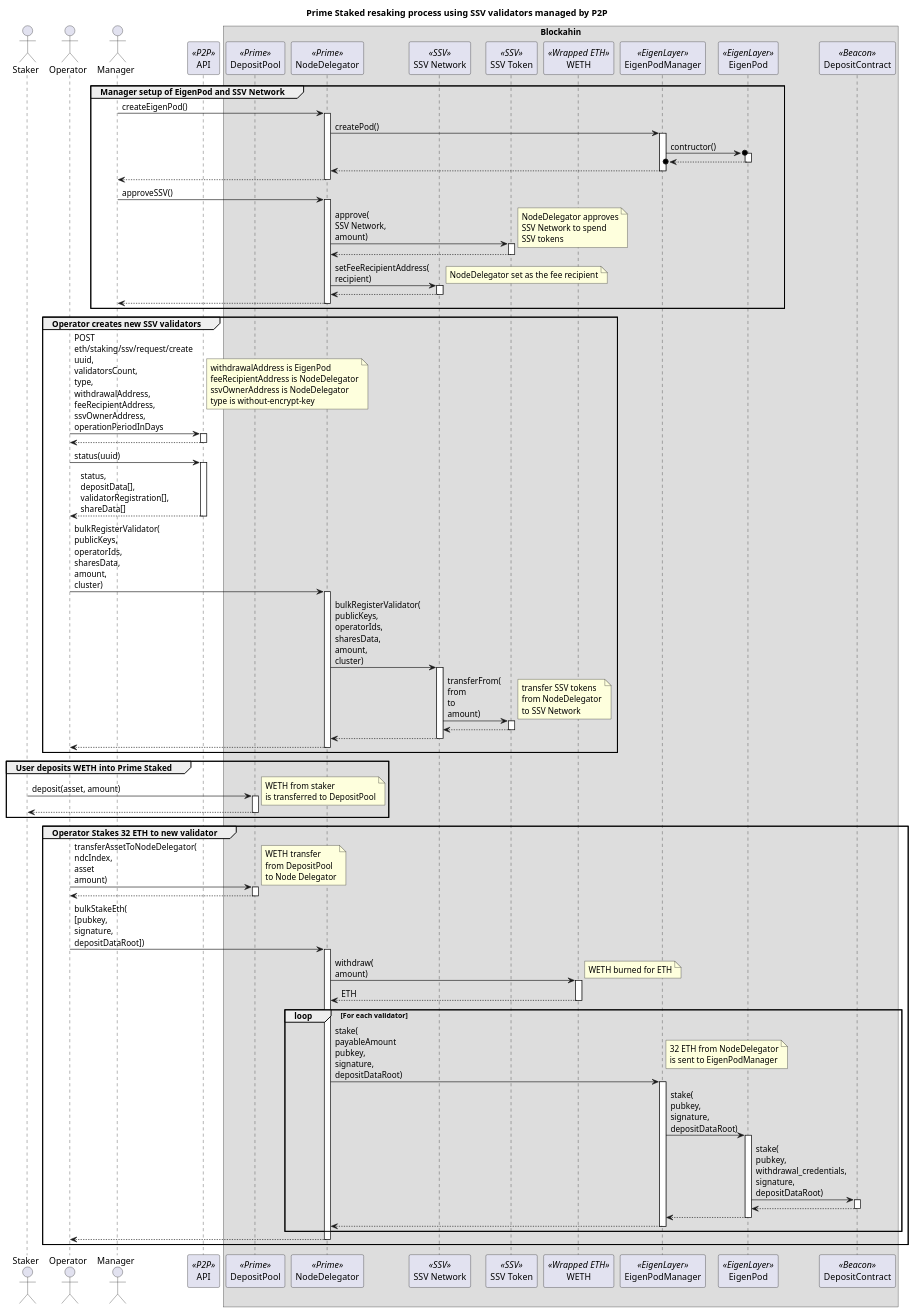
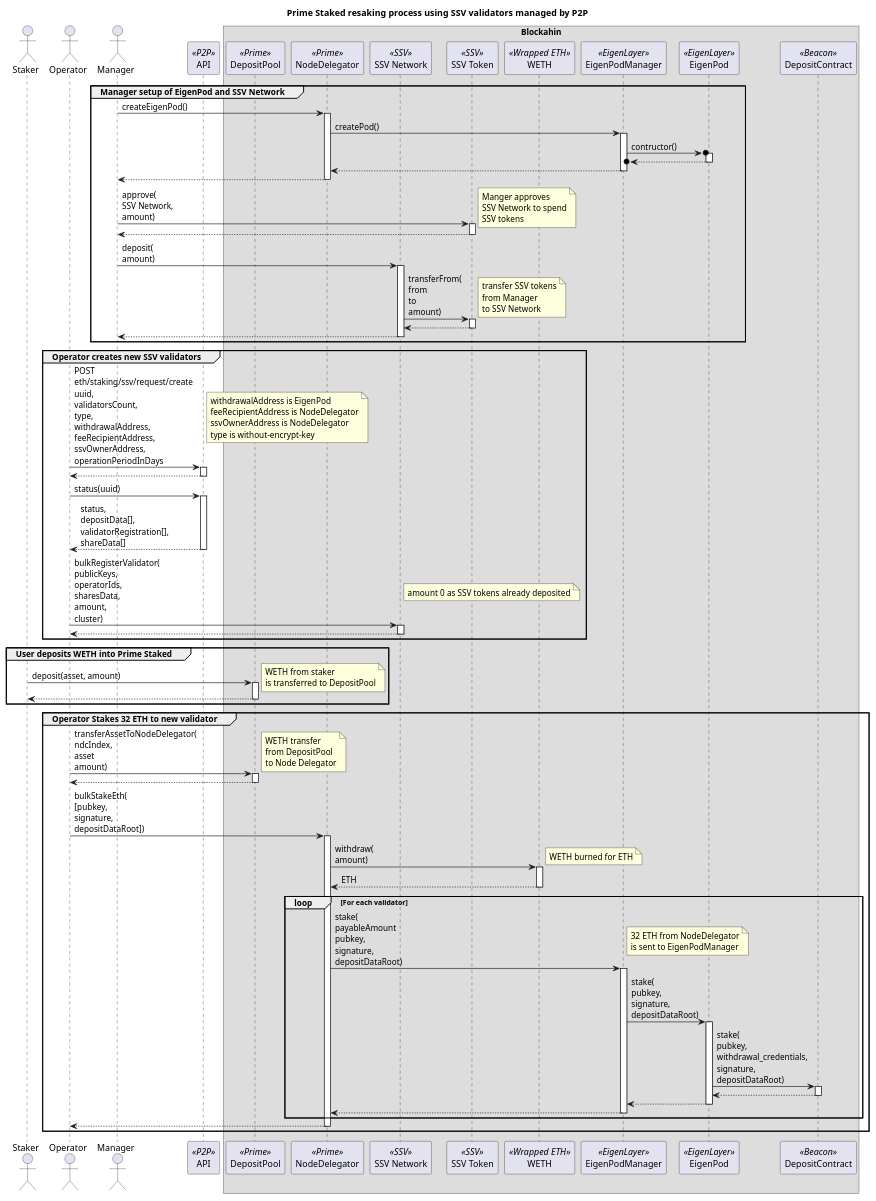
Before and after one commit to oplabs/primestaked-eth: the diagram in docs/plantuml/primeSSVRestakingProcess.puml, drawn with PlantUML. The commit also changed 1 other file, not shown here.

Commit message:
Updated SSV process diagram

```diff
--- a/docs/plantuml/primeSSVRestakingProcess.puml
+++ b/docs/plantuml/primeSSVRestakingProcess.puml
@@ -1,136 +1,148 @@
 @startuml
 
 skinparam tabSize 2
 
 title "Prime Staked resaking process using SSV validators managed by P2P"
 
 actor "Staker" as staker
 actor "Operator" as op
 actor "Manager" as man
 participant "API" as api <<P2P>>
 
 box "Blockahin"
 participant "DepositPool" as dp <<Prime>>
 participant "NodeDelegator" as nd <<Prime>>
 participant "SSV Network" as ssvNet <<SSV>>
 participant "SSV Token" as ssv <<SSV>>
 participant "WETH" as weth <<Wrapped ETH>>
 participant "EigenPodManager" as podMan <<EigenLayer>>
 participant "EigenPod" as pod <<EigenLayer>>
 participant "DepositContract" as dep <<Beacon>>
 end box
 
 group Manager setup of EigenPod and SSV Network
 man -> nd : createEigenPod()
 activate nd
 nd -> podMan : createPod()
 activate podMan
 podMan ->o pod: contructor()
 activate pod
 return
 return
 return
 
-man -> nd : approveSSV()
-activate nd
-nd -> ssv : approve(\nSSV Network,\namount)
+
+man -> ssv : approve(\nSSV Network,\namount)
 activate ssv
-note right : NodeDelegator approves\nSSV Network to spend\nSSV tokens
+note right : Manger approves\nSSV Network to spend\nSSV tokens
 return
-nd -> ssvNet : setFeeRecipientAddress(\nrecipient)
+
+man -> ssvNet : deposit(\namount)
 activate ssvNet
-note right : NodeDelegator set as the fee recipient
+ssvNet -> ssv : transferFrom(\nfrom\nto\namount)
+activate ssv
+note right: transfer SSV tokens\nfrom Manager\nto SSV Network
 return
 return
+
+' man -> nd : approveSSV()
+' activate nd
+' nd -> ssv : approve(\nSSV Network,\namount)
+' activate ssv
+' note right : NodeDelegator approves\nSSV Network to spend\nSSV tokens
+' return
+' nd -> ssvNet : setFeeRecipientAddress(\nrecipient)
+' activate ssvNet
+' note right : NodeDelegator set as the fee recipient
+' return
+' return
 
 end
 
 group Operator creates new SSV validators
 
 op -> api: POST\neth/staking/ssv/request/create\nuuid,\nvalidatorsCount,\ntype,\nwithdrawalAddress,\nfeeRecipientAddress,\nssvOwnerAddress,\noperationPeriodInDays
 activate api
 note right
 withdrawalAddress is EigenPod
 feeRecipientAddress is NodeDelegator
 ssvOwnerAddress is NodeDelegator
 type is without-encrypt-key
 end note
 return
 
 op -> api: status(uuid)
 activate api
 return status,\ndepositData[],\nvalidatorRegistration[],\nshareData[]
 
-op -> nd : bulkRegisterValidator(\npublicKeys,\noperatorIds,\nsharesData,\namount,\ncluster)
-activate nd
-nd -> ssvNet : bulkRegisterValidator(\npublicKeys,\noperatorIds,\nsharesData,\namount,\ncluster)
+op -> ssvNet : bulkRegisterValidator(\npublicKeys,\noperatorIds,\nsharesData,\namount,\ncluster)
 activate ssvNet
+note right : amount 0 as SSV tokens already deposited
 ' note right : any account can register
-ssvNet -> ssv : transferFrom(\nfrom\nto\namount)
-activate ssv
-note right: transfer SSV tokens\nfrom NodeDelegator\nto SSV Network
-return
-return
+' ssvNet -> ssv : transferFrom(\nfrom\nto\namount)
+' activate ssv
+' note right: transfer SSV tokens\nfrom NodeDelegator\nto SSV Network
+' return
 return
 
 end group
 
 group User deposits WETH into Prime Staked
 
 staker -> dp : deposit(asset, amount)
 note right : WETH from staker\nis transferred to DepositPool
 activate dp
 return
 
 end group
 
 group Operator Stakes 32 ETH to new validator
 
 op -> dp : transferAssetToNodeDelegator(\nndcIndex,\nasset\namount)
 activate dp
 note right : WETH transfer\nfrom DepositPool\nto Node Delegator
 return
 
 
 op -> nd : bulkStakeEth(\n[pubkey,\nsignature,\ndepositDataRoot])
 activate nd
 nd -> weth : withdraw(\namount)
 activate weth
 note right : WETH burned for ETH
 return ETH
 
 loop For each validator
 
 nd -> podMan : stake(\npayableAmount\npubkey,\nsignature,\ndepositDataRoot)
 note right : 32 ETH from NodeDelegator\nis sent to EigenPodManager
 activate podMan
 podMan -> pod : stake(\npubkey,\nsignature,\ndepositDataRoot)
 activate pod
 pod -> dep : stake(\npubkey,\nwithdrawal_credentials,\nsignature,\ndepositDataRoot)
 activate dep
 return
 return
 return
 
 end loop
 
 return
 ' man -> dep : deposit(\npubkey,\nsignature,\ndeposit_data_root)
 ' activate dep
 ' return
 end group
 
 ' group Manager adds another validator
 
 ' man -> api: POST nodes-request/create\nuuid,\ntype,\nnodesOptions,\neigenPodOwnerAddress,\ncontrollerAddress,\nfeeRecipientAddress
 ' activate api
 ' note right : eigenPodOwnerAddress is the NodeDelegator
 ' return
 
 ' man -> api: status(uuid)
 ' activate api
 ' return status,\neigenPodAddress,\npubkey,\nsignature,\ndepositDataRoot,\nwithdrawalCredentials,\ndepositMessageRoot
 
 ' end group
 
 @enduml
```
